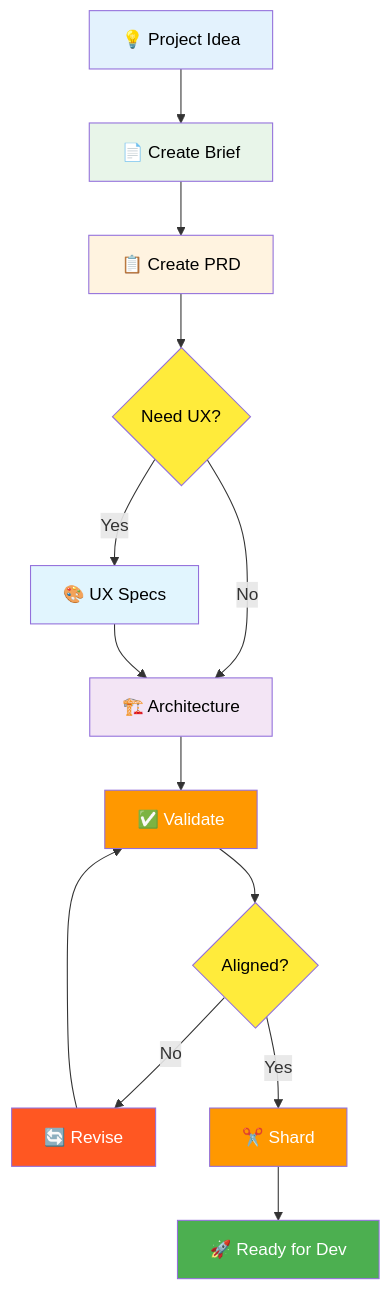
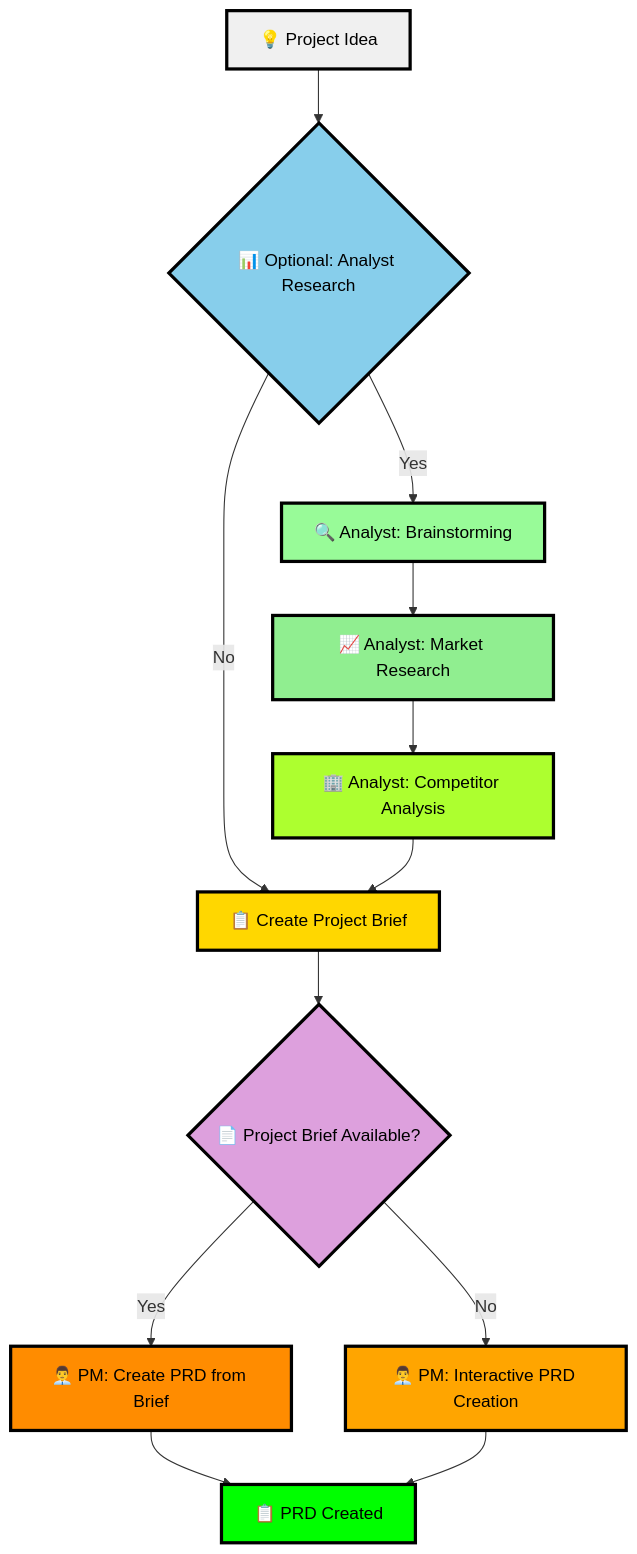
The fifth of 12 diagrams in BMAD-method/BMAD-method - a visual guide.md (garkpit/RT-Vault), drawn with Mermaid before and after one commit. The commit also changed other lines of this file and 7 other files, not shown here.

````diff
--- a/BMAD-method/BMAD-method - a visual guide.md
+++ b/BMAD-method/BMAD-method - a visual guide.md
@@ -224,27 +191,25 @@
 ```mermaid
 graph TD
-    A["💡 Project Idea"] --> B["📄 Create Brief"]
-    B --> C["📋 Create PRD"]
-    C --> D{"Need UX?"}
-    D -->|Yes| E["🎨 UX Specs"]
-    D -->|No| F["🏗️ Architecture"]
-    E --> F
-    F --> G["✅ Validate"]
-    G --> H{"Aligned?"}
-    H -->|No| I["🔄 Revise"]
-    H -->|Yes| J["✂️ Shard"]
-    I --> G
-    J --> K["🚀 Ready for Dev"]
+    A1["💡 Project Idea"] --> A2{"📊 Optional: Analyst Research"}
+    A2 -->|Yes| A3["🔍 Analyst: Brainstorming"]
+    A2 -->|No| A6["📋 Create Project Brief"]
+    A3 --> A4["📈 Analyst: Market Research"]
+    A4 --> A5["🏢 Analyst: Competitor Analysis"]
+    A5 --> A6
+    A6 --> A7{"📄 Project Brief Available?"}
+    A7 -->|Yes| A8["👨‍💼 PM: Create PRD from Brief"]
+    A7 -->|No| A9["👨‍💼 PM: Interactive PRD Creation"]
+    A8 --> A10["📋 PRD Created"]
+    A9 --> A10
     
-    style A fill:#e3f2fd,color:#000
-    style B fill:#e8f5e9,color:#000
-    style C fill:#fff3e0,color:#000
-    style D fill:#ffeb3b,color:#000
-    style E fill:#e1f5fe,color:#000
-    style F fill:#f3e5f5,color:#000
-    style G fill:#ff9800,color:#fff
-    style H fill:#ffeb3b,color:#000
-    style I fill:#ff5722,color:#fff
-    style J fill:#ff9800,color:#fff
-    style K fill:#4caf50,color:#fff
+    style A1 fill:#F0F0F0,color:#000000,stroke:#000000,stroke-width:3px
+    style A2 fill:#87CEEB,color:#000000,stroke:#000000,stroke-width:3px
+    style A3 fill:#98FB98,color:#000000,stroke:#000000,stroke-width:3px
+    style A4 fill:#90EE90,color:#000000,stroke:#000000,stroke-width:3px
+    style A5 fill:#ADFF2F,color:#000000,stroke:#000000,stroke-width:3px
+    style A6 fill:#FFD700,color:#000000,stroke:#000000,stroke-width:3px
+    style A7 fill:#DDA0DD,color:#000000,stroke:#000000,stroke-width:3px
+    style A8 fill:#FF8C00,color:#000000,stroke:#000000,stroke-width:3px
+    style A9 fill:#FFA500,color:#000000,stroke:#000000,stroke-width:3px
+    style A10 fill:#00FF00,color:#000000,stroke:#000000,stroke-width:3px
 ```
````
